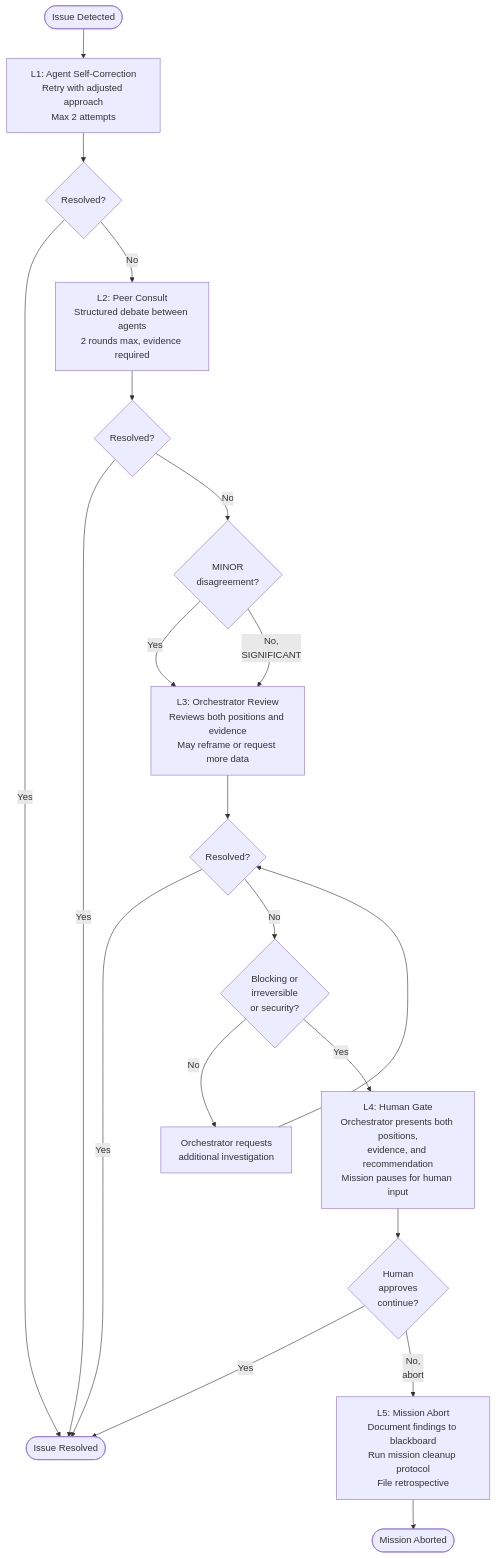
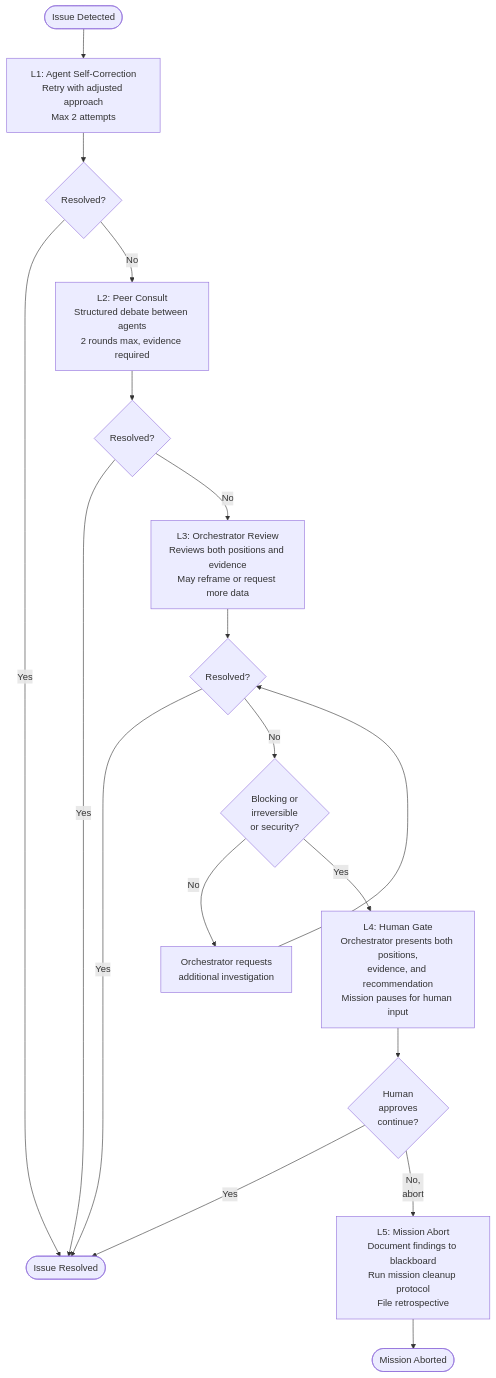
The diagram in docs/diagrams/failure-escalation.md (hanuele/hive), drawn with Mermaid before and after one commit. The commit also changed 5 other files, not shown here.

````diff
--- a/docs/diagrams/failure-escalation.md
+++ b/docs/diagrams/failure-escalation.md
@@ -5,32 +5,30 @@
 ```mermaid
 flowchart TD
     START([Issue Detected]) --> L1
 
     L1[L1: Agent Self-Correction\nRetry with adjusted approach\nMax 2 attempts]
     L1 --> D1{Resolved?}
     D1 -- Yes --> DONE([Issue Resolved])
     D1 -- No --> L2
 
     L2[L2: Peer Consult\nStructured debate between agents\n2 rounds max, evidence required]
     L2 --> D2{Resolved?}
     D2 -- Yes --> DONE
-    D2 -- No --> D2B{MINOR\ndisagreement?}
-    D2B -- Yes --> L3
-    D2B -- No,\nSIGNIFICANT --> L3
+    D2 -- No --> L3
 
     L3[L3: Orchestrator Review\nReviews both positions and evidence\nMay reframe or request more data]
     L3 --> D3{Resolved?}
     D3 -- Yes --> DONE
     D3 -- No --> D3B{Blocking or\nirreversible\nor security?}
     D3B -- No --> L3_retry[Orchestrator requests\nadditional investigation]
     L3_retry --> D3
     D3B -- Yes --> L4
 
     L4[L4: Human Gate\nOrchestrator presents both positions,\nevidence, and recommendation\nMission pauses for human input]
     L4 --> D4{Human\napproves\ncontinue?}
     D4 -- Yes --> DONE
     D4 -- No,\nabort --> L5
 
     L5[L5: Mission Abort\nDocument findings to blackboard\nRun mission cleanup protocol\nFile retrospective]
     L5 --> ABORT([Mission Aborted])
 ```
````
